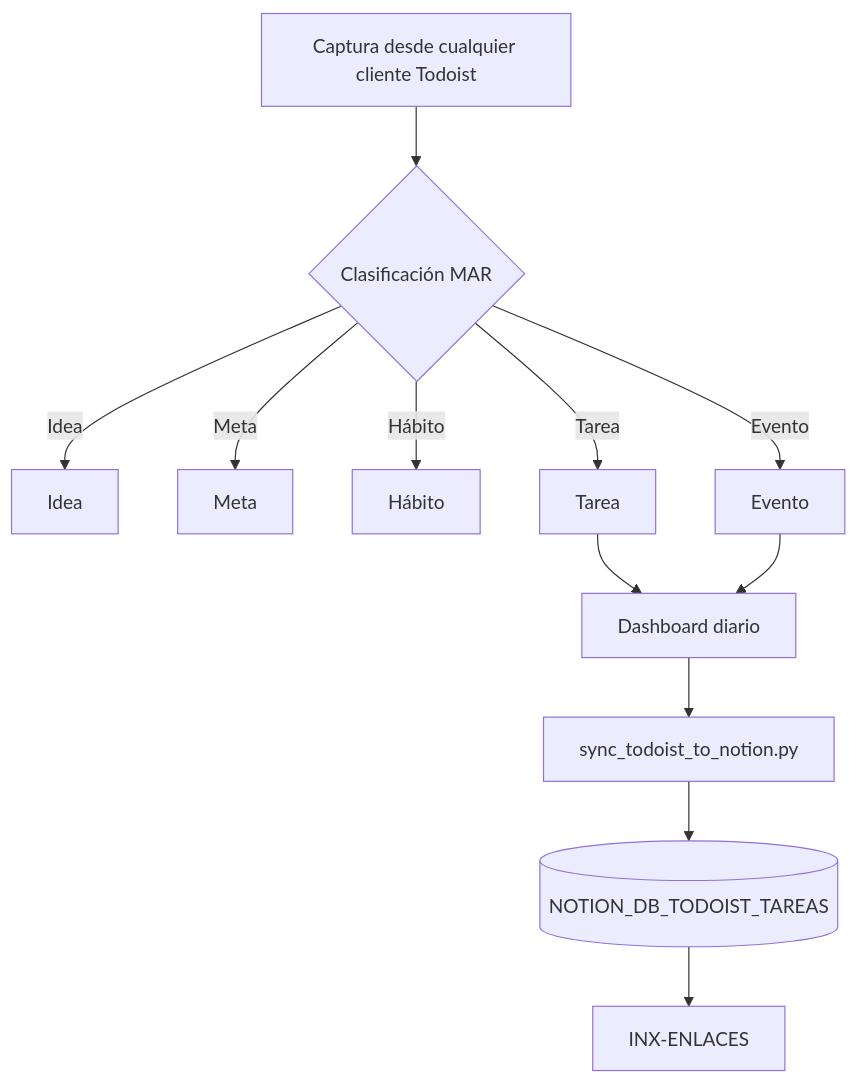
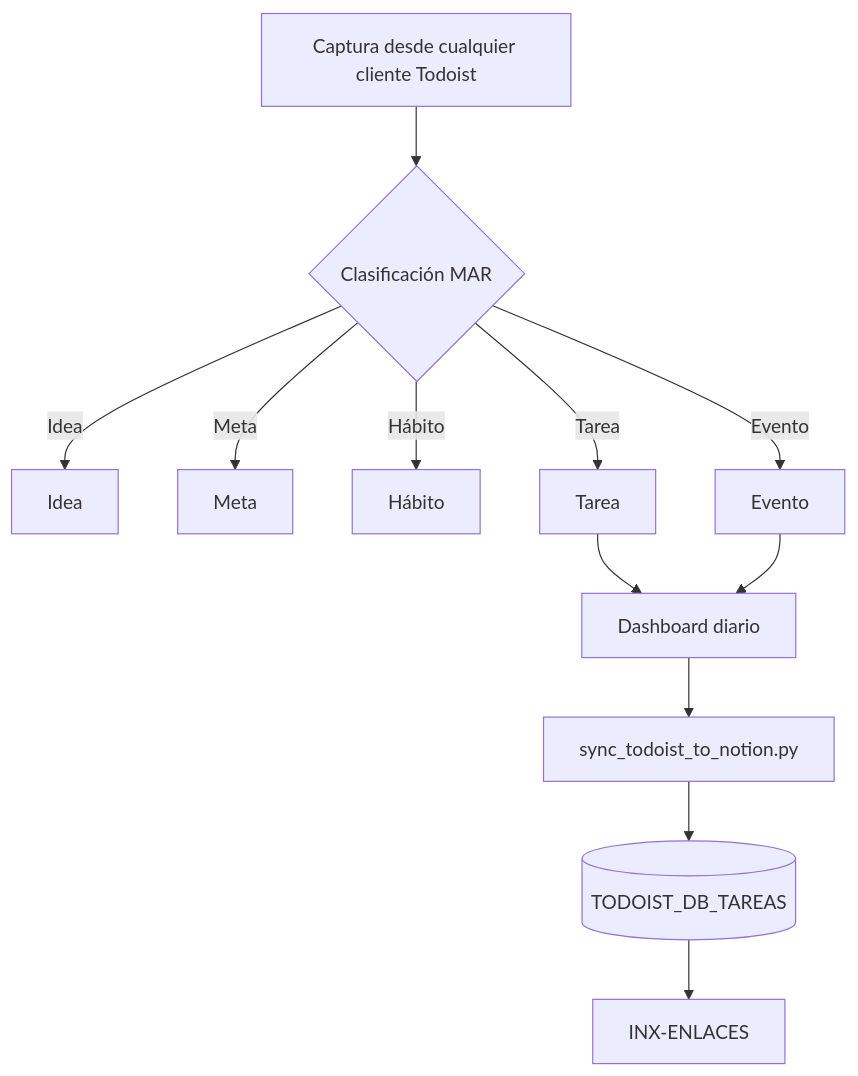
Before and after one commit to dalarconrub/coworkia: the second of 11 diagrams in docs/pipeline-atlas.md, drawn with Mermaid. The commit also changed other lines of this file and 45 other files, not shown here.

````diff
--- a/docs/pipeline-atlas.md
+++ b/docs/pipeline-atlas.md
@@ -78,14 +78,14 @@
 ```mermaid
 flowchart TD
     CAP[Captura desde cualquier cliente Todoist] --> CLF{Clasificación MAR}
     CLF -->|Idea| MAR_I[Idea]
     CLF -->|Meta| MAR_M[Meta]
     CLF -->|Hábito| MAR_H[Hábito]
     CLF -->|Tarea| MAR_T[Tarea]
     CLF -->|Evento| MAR_E[Evento]
     MAR_T --> DASH[Dashboard diario]
     MAR_E --> DASH
     DASH --> SYNC[sync_todoist_to_notion.py]
-    SYNC --> TODOIST_TAREAS[(NOTION_DB_TODOIST_TAREAS)]
+    SYNC --> TODOIST_TAREAS[(TODOIST_DB_TAREAS)]
     TODOIST_TAREAS --> INX[INX-ENLACES]
 ```
````
